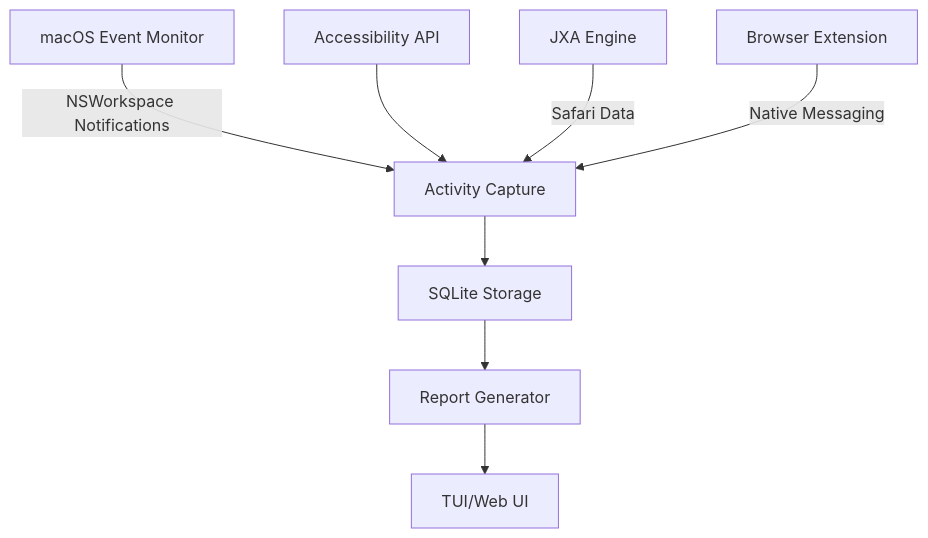
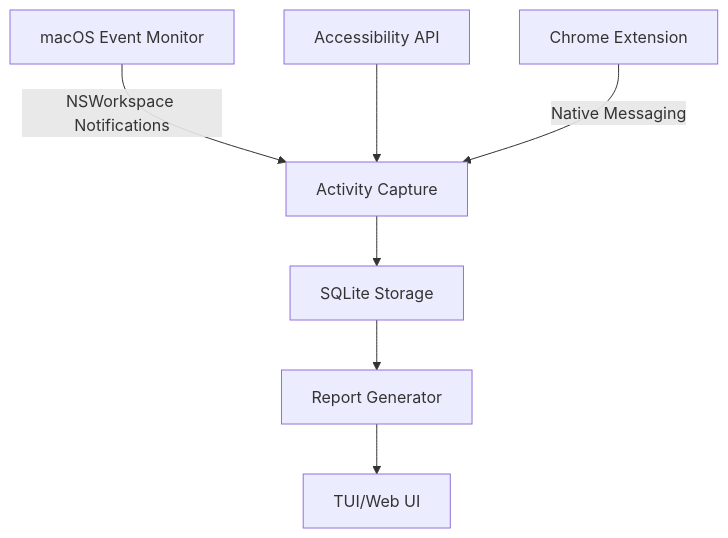
Before and after one commit to sirkitree/chronos: the diagram in PRD.md, drawn with Mermaid. The commit also changed other lines of this file and 5 other files, not shown here.

First line of the commit message:
Refocus project scope to Chrome extension only instead of multi-browser support

````diff
--- a/PRD.md
+++ b/PRD.md
@@ -69,10 +68,9 @@
 ```mermaid
 graph TD
   A[macOS Event Monitor] -->|NSWorkspace Notifications| B[Activity Capture]
   C[Accessibility API] --> B
-  D[JXA Engine] -->|Safari Data| B
-  E[Browser Extension] -->|Native Messaging| B
-  B --> F[SQLite Storage]
-  F --> G[Report Generator]
-  G --> H[TUI/Web UI]
+  D[Chrome Extension] -->|Native Messaging| B
+  B --> E[SQLite Storage]
+  E --> F[Report Generator]
+  F --> G[TUI/Web UI]
 ```
````
